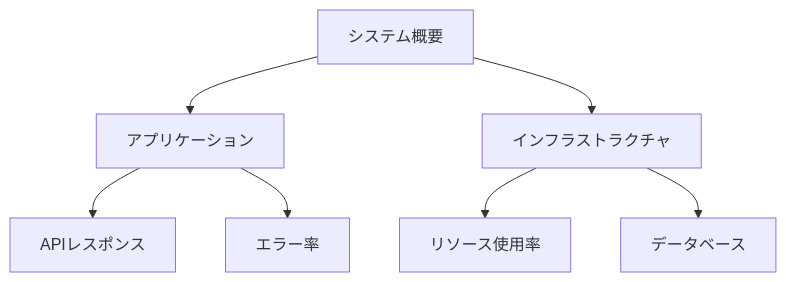
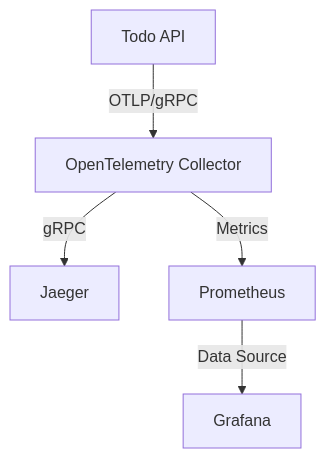
One commit to shibryo/otel-dotnet6-todo changed the first of 3 diagrams in docs/chapters/03_observability/01_observability_setup.md. Above: the diagram before and after it, drawn with Mermaid. The commit also changed other lines of this file and 5 other files, not shown here.

````diff
--- a/docs/chapters/03_observability/01_observability_setup.md
+++ b/docs/chapters/03_observability/01_observability_setup.md
@@ -204,9 +16,7 @@
 ```mermaid
-graph TB
-    A[システム概要] --> B[アプリケーション]
-    A --> C[インフラストラクチャ]
-    B --> D[APIレスポンス]
-    B --> E[エラー率]
-    C --> F[リソース使用率]
-    C --> G[データベース]
+graph TD
+    A[Todo API] -->|OTLP/gRPC| B[OpenTelemetry Collector]
+    B -->|gRPC| C[Jaeger]
+    B -->|Metrics| D[Prometheus]
+    D -->|Data Source| E[Grafana]
 ```
````
